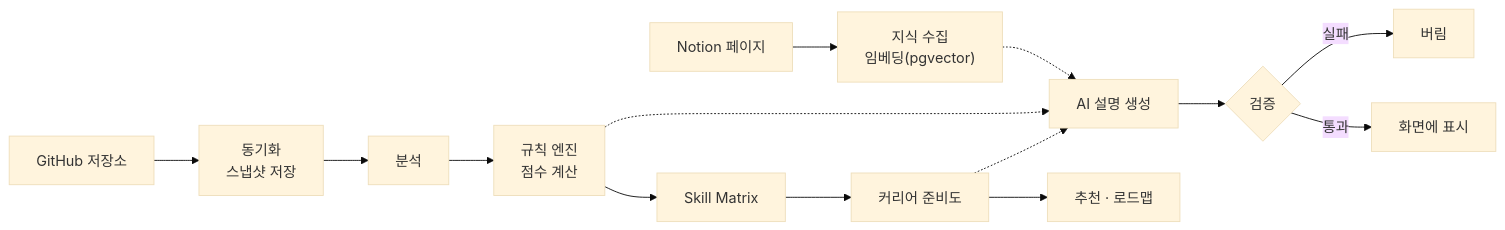
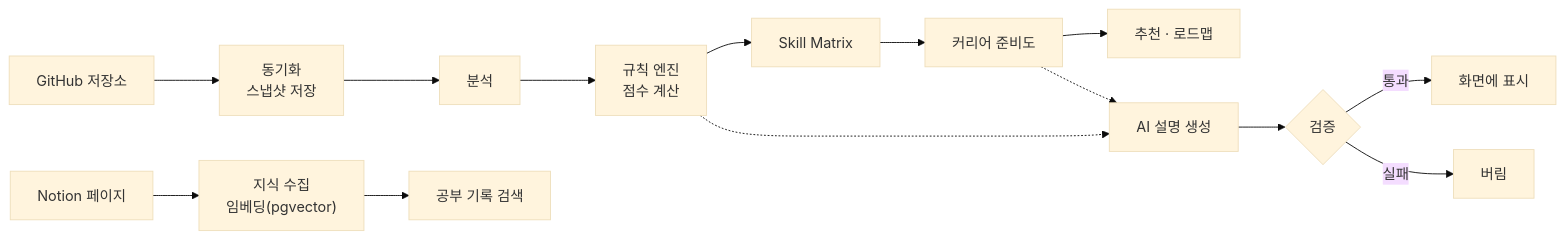
One commit to semicolon213/DevPath changed the diagram in README.md. Above: the diagram before and after it, drawn with Mermaid (base theme). The commit also changed other lines of this file, not shown here.

````diff
--- a/README.md
+++ b/README.md
@@ -52,17 +52,17 @@
 ```mermaid
 flowchart LR
     GH["GitHub 저장소"] --> SYNC["동기화<br/>스냅샷 저장"]
     NO["Notion 페이지"] --> KN["지식 수집<br/>임베딩(pgvector)"]
     SYNC --> AN["분석"]
     AN --> RE["규칙 엔진<br/>점수 계산"]
     RE --> SM["Skill Matrix"]
     SM --> CR["커리어 준비도"]
     CR --> REC["추천 · 로드맵"]
 
     RE -.-> AI["AI 설명 생성"]
     CR -.-> AI
-    KN -.-> AI
+    KN --> SEARCH["공부 기록 검색"]
     AI --> VAL{"검증"}
     VAL -->|통과| SHOW["화면에 표시"]
     VAL -->|실패| DROP["버림"]
 ```
````
